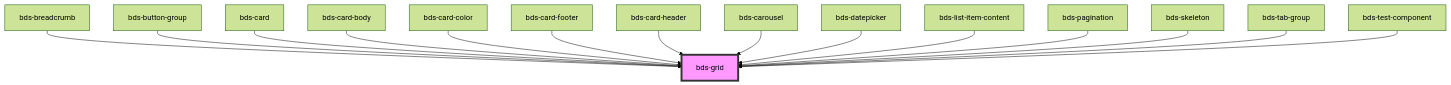
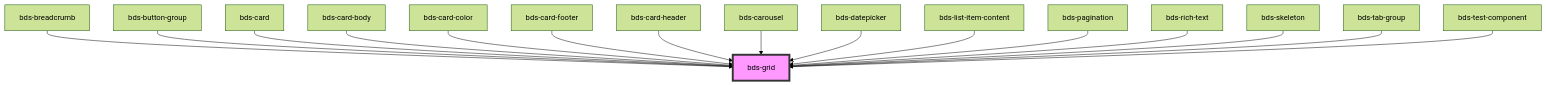
Before and after one commit to takenet/blip-ds: the diagram in src/components/grid/readme.md, drawn with Mermaid (forest theme). The commit also changed other lines of this file and 20 other files, not shown here.

Commit message:
feat(rich-text): new component Rich Text

````diff
--- a/src/components/grid/readme.md
+++ b/src/components/grid/readme.md
@@ -57,18 +58,19 @@
 ```mermaid
 graph TD;
   bds-breadcrumb --> bds-grid
   bds-button-group --> bds-grid
   bds-card --> bds-grid
   bds-card-body --> bds-grid
   bds-card-color --> bds-grid
   bds-card-footer --> bds-grid
   bds-card-header --> bds-grid
   bds-carousel --> bds-grid
   bds-datepicker --> bds-grid
   bds-list-item-content --> bds-grid
   bds-pagination --> bds-grid
+  bds-rich-text --> bds-grid
   bds-skeleton --> bds-grid
   bds-tab-group --> bds-grid
   bds-test-component --> bds-grid
   style bds-grid fill:#f9f,stroke:#333,stroke-width:4px
 ```
````
